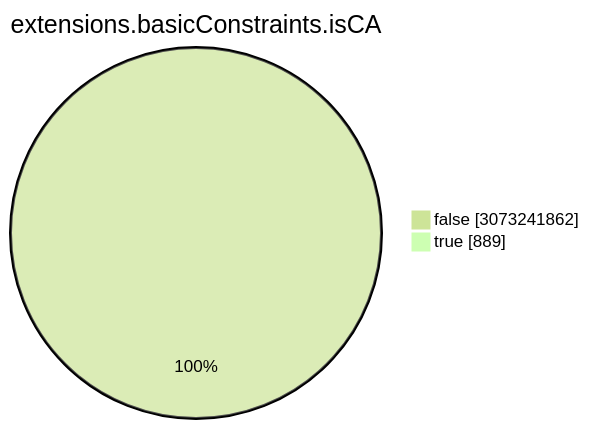
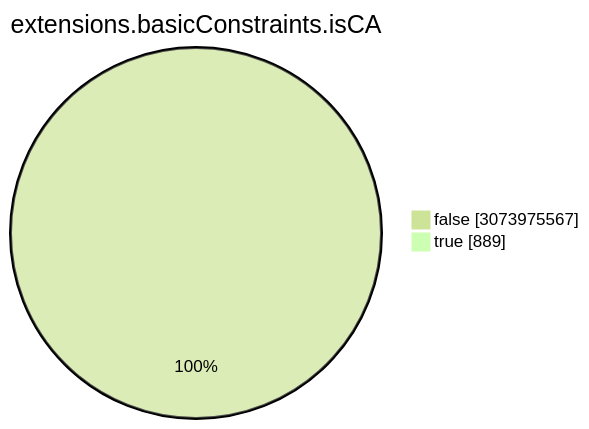
One commit to christiankrug/ctmonitor_visualization changed the seventh of 15 diagrams in TOTAL/README.md. Above: the diagram before and after it, drawn with Mermaid (forest theme). The commit also changed other lines of this file, not shown here.

````diff
--- a/TOTAL/README.md
+++ b/TOTAL/README.md
@@ -3086,6 +3086,6 @@
 ```mermaid
 pie showData
 title extensions.basicConstraints.isCA
-"false" :3073241862
+"false" :3073975567
 "true" :889
 ```
````
